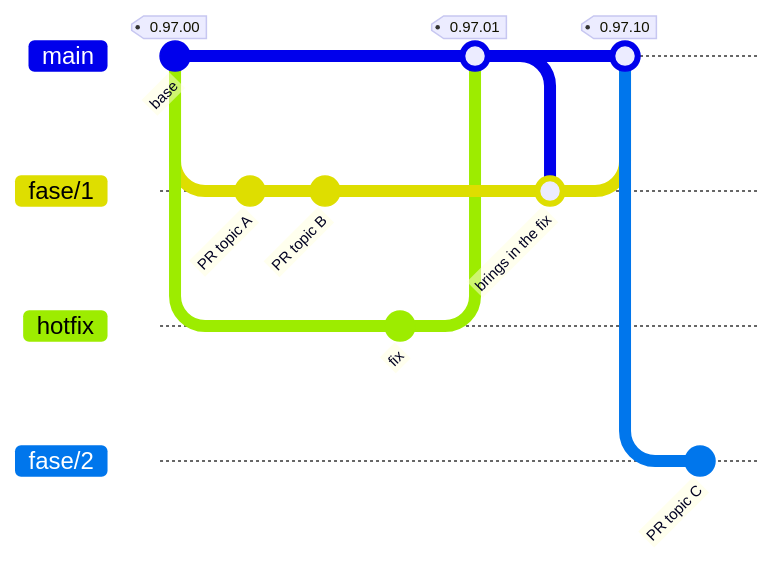
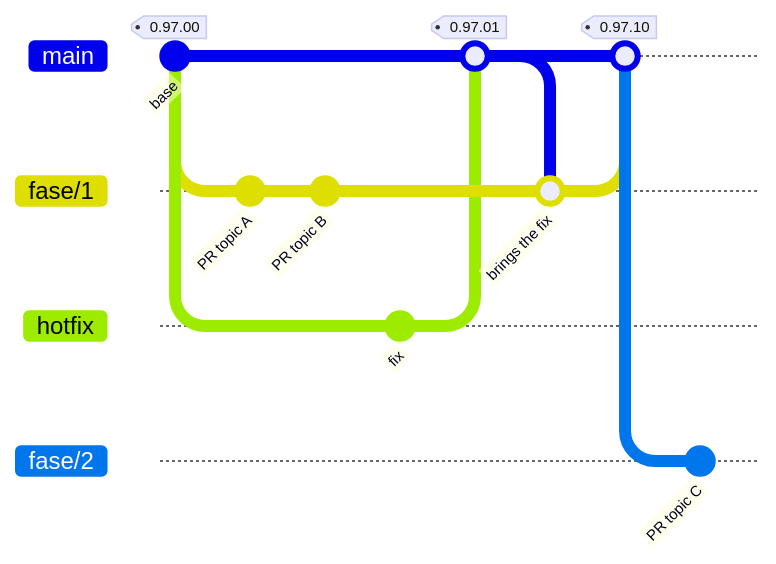
The second of 2 diagrams in README.en.md (EmanuelCatania/Mu-97k-Client-Source), drawn with Mermaid before and after one commit. The commit also changed other lines of this file and 2 other files, not shown here.

````diff
--- a/README.en.md
+++ b/README.en.md
@@ -561,21 +588,21 @@
 ```mermaid
 gitGraph
     commit id: "base" tag: "0.97.00"
     branch fase/1
     checkout fase/1
     commit id: "PR topic A"
     commit id: "PR topic B"
     checkout main
     branch hotfix
     checkout hotfix
     commit id: "fix"
     checkout main
     merge hotfix tag: "0.97.01"
     checkout fase/1
-    merge main id: "brings in the fix"
+    merge main id: "brings the fix"
     checkout main
     merge fase/1 tag: "0.97.10"
     branch fase/2
     checkout fase/2
     commit id: "PR topic C"
 ```
````
